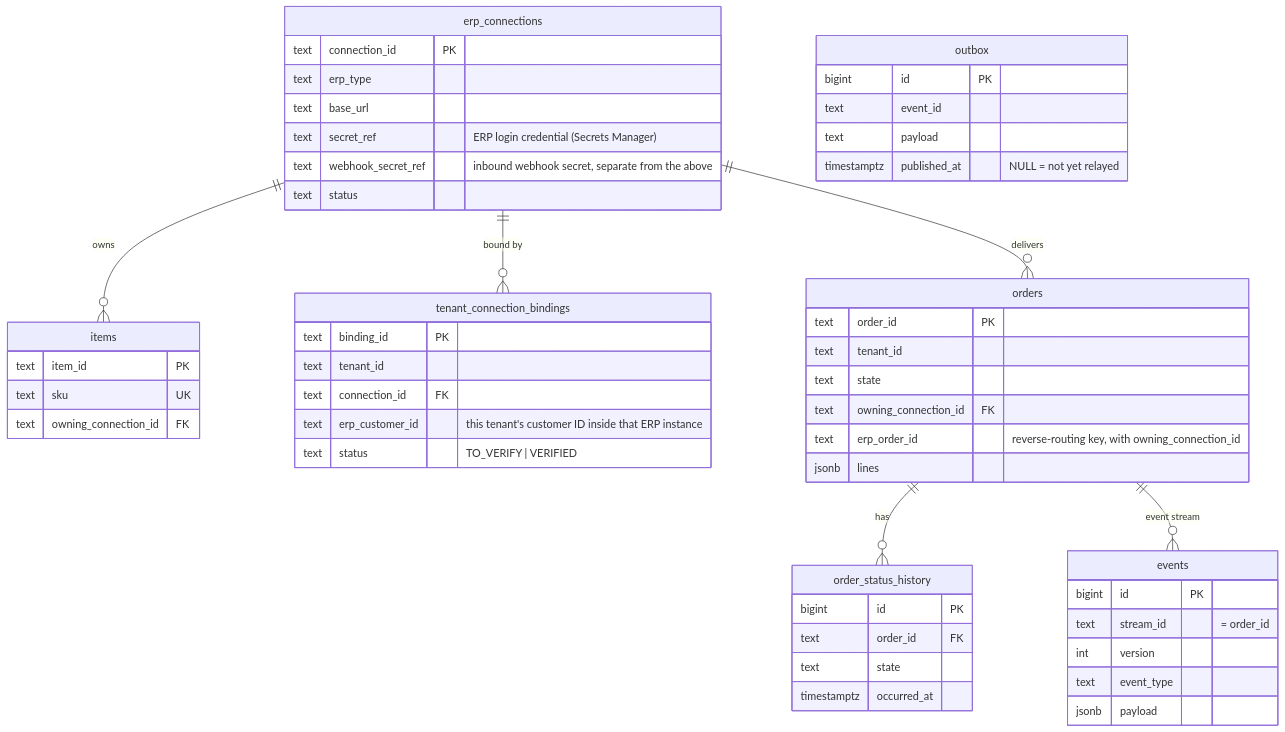
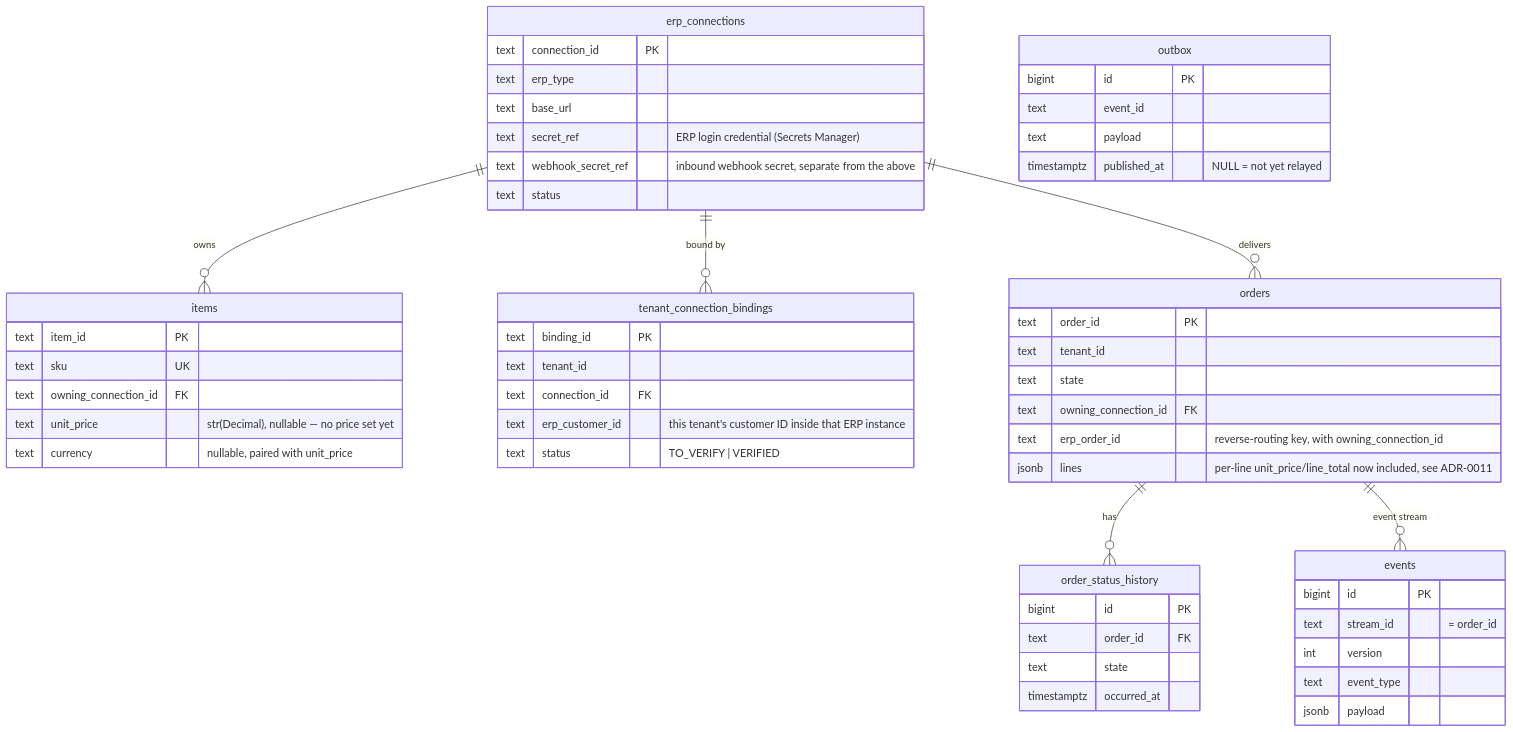
Before and after one commit to sridarsaikrishnan/AI-DLC-ERP-Supply-Chain-Order-Portal: the diagram in docs/database-schema.md, drawn with Mermaid. The commit also changed other lines of this file and 52 other files, not shown here.

First line of the commit message:
Add rich canonical order model (Decimal money, tax, line totals) and wire catalog pricing end to end

````diff
--- a/docs/database-schema.md
+++ b/docs/database-schema.md
@@ -13,56 +14,58 @@
 ```mermaid
 erDiagram
     erp_connections ||--o{ items : owns
     erp_connections ||--o{ tenant_connection_bindings : "bound by"
     erp_connections ||--o{ orders : "delivers"
     orders ||--o{ order_status_history : "has"
     orders ||--o{ events : "event stream"
 
     erp_connections {
         text connection_id PK
         text erp_type
         text base_url
         text secret_ref "ERP login credential (Secrets Manager)"
         text webhook_secret_ref "inbound webhook secret, separate from the above"
         text status
     }
     tenant_connection_bindings {
         text binding_id PK
         text tenant_id
         text connection_id FK
         text erp_customer_id "this tenant's customer ID inside that ERP instance"
         text status "TO_VERIFY | VERIFIED"
     }
     items {
         text item_id PK
         text sku UK
         text owning_connection_id FK
+        text unit_price "str(Decimal), nullable — no price set yet"
+        text currency "nullable, paired with unit_price"
     }
     orders {
         text order_id PK
         text tenant_id
         text state
         text owning_connection_id FK
         text erp_order_id "reverse-routing key, with owning_connection_id"
-        jsonb lines
+        jsonb lines "per-line unit_price/line_total now included, see ADR-0011"
     }
     order_status_history {
         bigint id PK
         text order_id FK
         text state
         timestamptz occurred_at
     }
     events {
         bigint id PK
         text stream_id "= order_id"
         int version
         text event_type
         jsonb payload
     }
     outbox {
         bigint id PK
         text event_id
         text payload
         timestamptz published_at "NULL = not yet relayed"
     }
 ```
````
